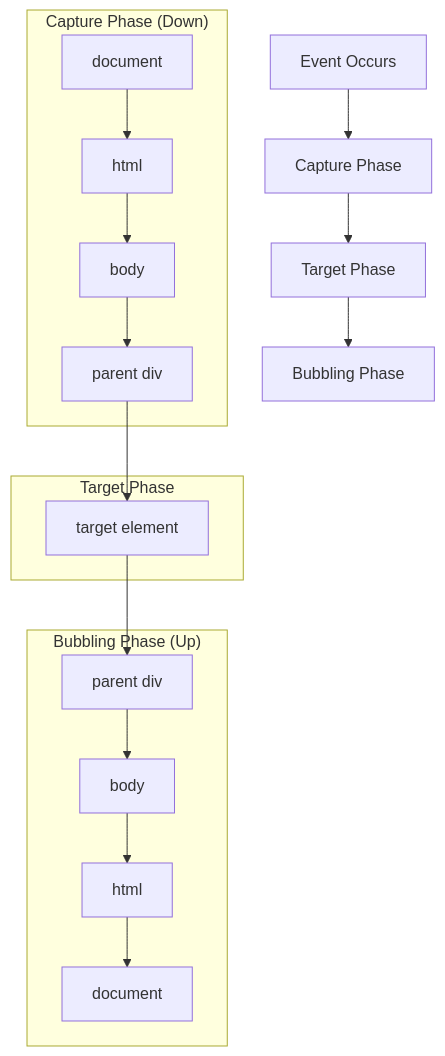
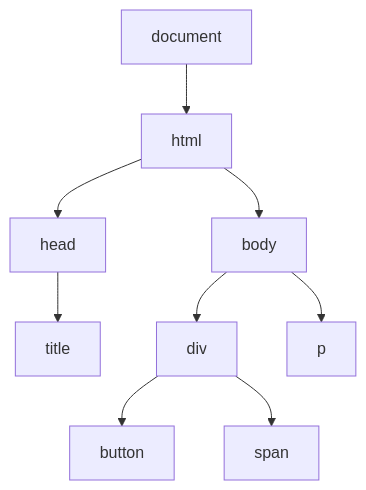
Before and after one commit to wahidyankf/oss: the second of 3 diagrams in apps-standalone/ayokoding-web/content/en/learn/crash-courses/swe/lang/javascript/basics.md, drawn with Mermaid. The commit also changed other lines of this file and 40 other files, not shown here.

````diff
--- a/apps-standalone/ayokoding-web/content/en/learn/crash-courses/swe/lang/javascript/basics.md
+++ b/apps-standalone/ayokoding-web/content/en/learn/crash-courses/swe/lang/javascript/basics.md
@@ -429,23 +389,11 @@
 ```mermaid
-flowchart TD
-    A[Event Occurs] --> B[Capture Phase]
-    B --> C[Target Phase]
-    C --> D[Bubbling Phase]
-
-    subgraph CapturePhase["Capture Phase (Down)"]
-    E[document] --> F[html]
-    F --> G[body]
-    G --> H[parent div]
-    end
-
-    subgraph TargetPhase["Target Phase"]
-    H --> I[target element]
-    end
-
-    subgraph BubblingPhase["Bubbling Phase (Up)"]
-    I --> J[parent div]
-    J --> K[body]
-    K --> L[html]
-    L --> M[document]
-    end
+graph TD
+    A[document] --> B[html]
+    B --> C[head]
+    B --> D[body]
+    C --> E[title]
+    D --> F[div]
+    D --> G[p]
+    F --> H[button]
+    F --> I[span]
 ```
````
